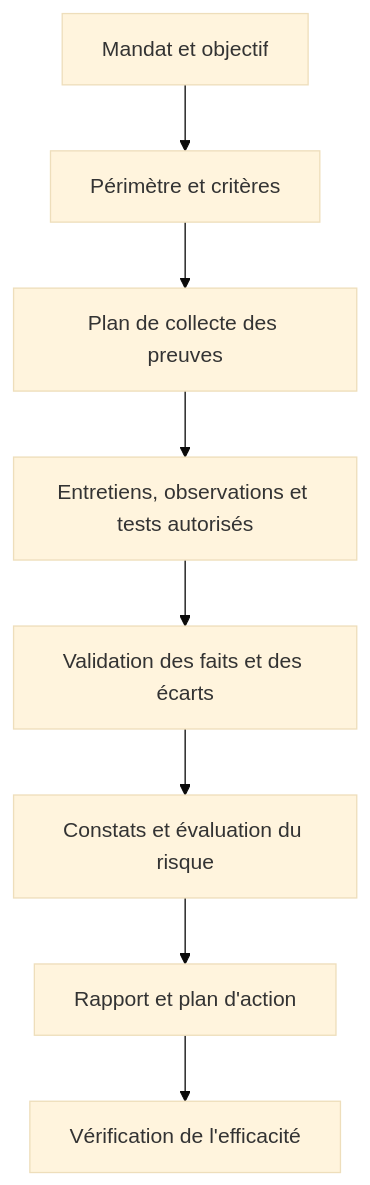
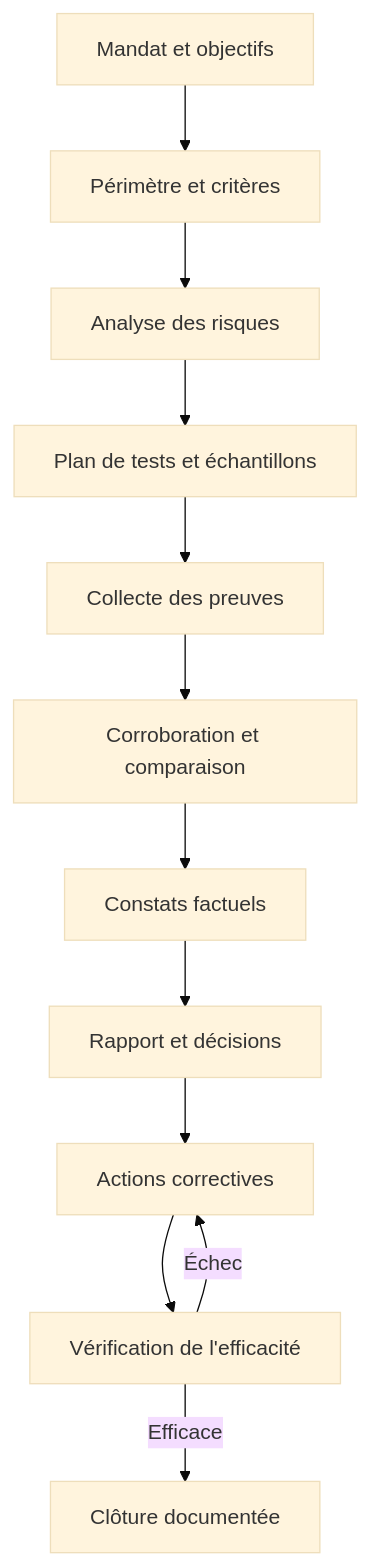
Before and after one commit to biggyseven/Skill-Tree: the first of 6 diagrams in content/lessons/maint-audits-expert.md, drawn with Mermaid (base theme). The commit also changed other lines of this file, not shown here.

````diff
--- a/content/lessons/maint-audits-expert.md
+++ b/content/lessons/maint-audits-expert.md
@@ -25,10 +963,14 @@
-~~~mermaid
+```mermaid
 flowchart TD
-    A[Mandat et objectif] --> B[Périmètre et critères]
-    B --> C[Plan de collecte des preuves]
-    C --> D[Entretiens, observations et tests autorisés]
-    D --> E[Validation des faits et des écarts]
-    E --> F[Constats et évaluation du risque]
-    F --> G[Rapport et plan d'action]
-    G --> H[Vérification de l'efficacité]
-~~~
+    A[Mandat et objectifs] --> B[Périmètre et critères]
+    B --> C[Analyse des risques]
+    C --> D[Plan de tests et échantillons]
+    D --> E[Collecte des preuves]
+    E --> F[Corroboration et comparaison]
+    F --> G[Constats factuels]
+    G --> H[Rapport et décisions]
+    H --> I[Actions correctives]
+    I --> J[Vérification de l'efficacité]
+    J -->|Échec| I
+    J -->|Efficace| K[Clôture documentée]
+```
````
